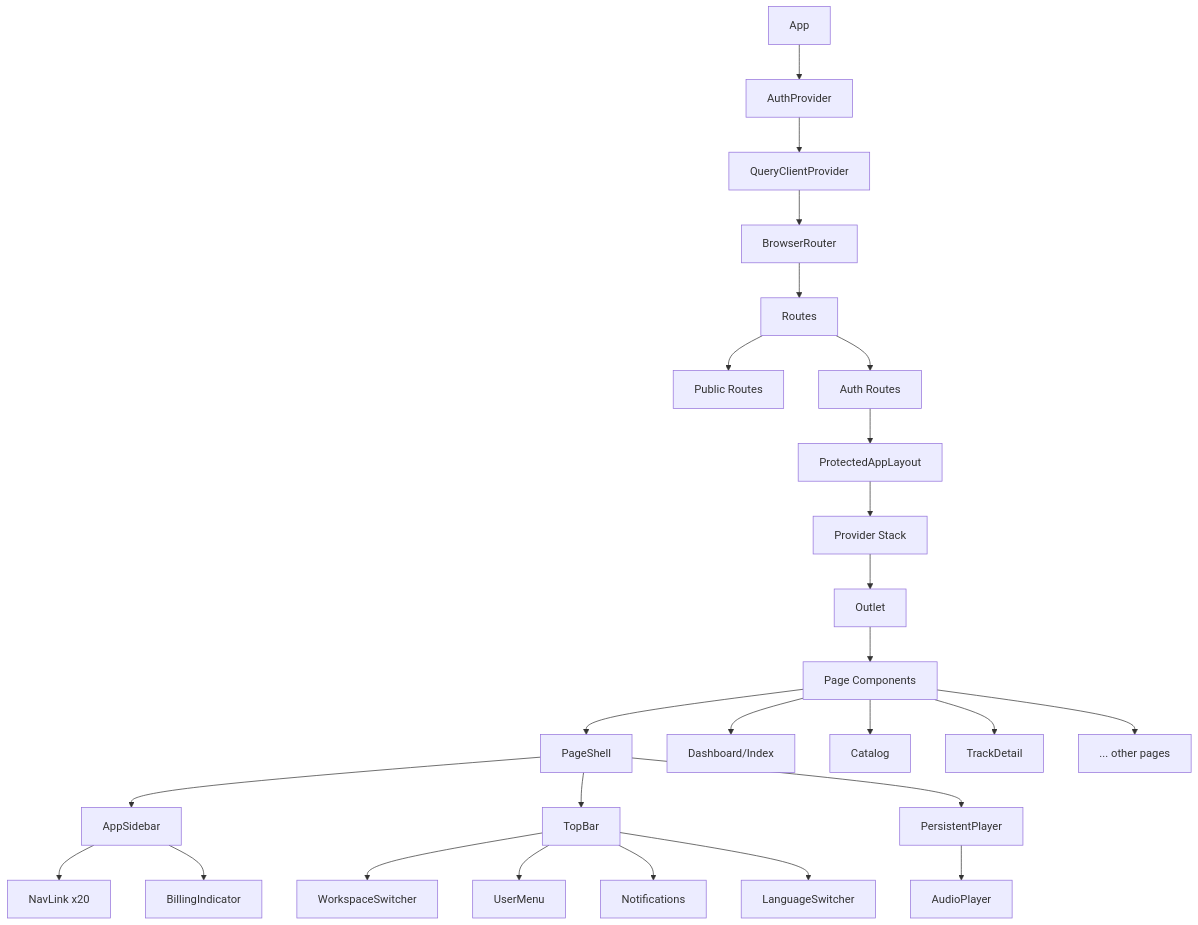
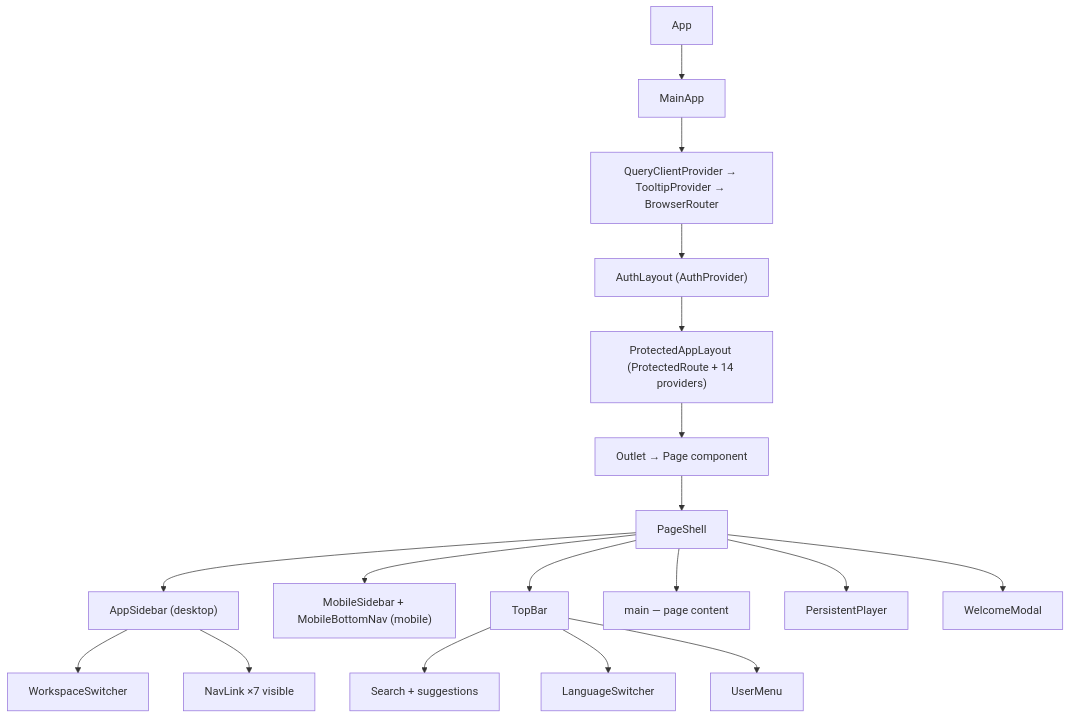
One commit to yannickrastogi/trakalo-muse-palette changed the third of 3 diagrams in docs/ARCHITECTURE/04-COMPONENT_ARCHITECTURE.md. Above: the diagram before and after it, drawn with Mermaid. The commit also changed other lines of this file and 1 other file, not shown here.

First line of the commit message:
docs: rewrite 04-COMPONENT_ARCHITECTURE against real component tree

````diff
--- a/docs/ARCHITECTURE/04-COMPONENT_ARCHITECTURE.md
+++ b/docs/ARCHITECTURE/04-COMPONENT_ARCHITECTURE.md
@@ -489,32 +547,20 @@
 ```mermaid
 flowchart TD
-    A[App] --> B[AuthProvider]
-    B --> C[QueryClientProvider]
-    C --> D[BrowserRouter]
-    D --> E[Routes]
-    E --> F[Public Routes]
-    E --> G[Auth Routes]
-    G --> H[ProtectedAppLayout]
-    H --> I[Provider Stack]
-    I --> J[Outlet]
-    J --> K[Page Components]
-    
-    K --> L[PageShell]
-    L --> M[AppSidebar]
-    L --> N[TopBar]
-    L --> O[PersistentPlayer]
-    O --> P[AudioPlayer]
-    
-    N --> Q[WorkspaceSwitcher]
-    N --> R[UserMenu]
-    N --> S[Notifications]
-    N --> T[LanguageSwitcher]
-    
-    M --> U[NavLink x20]
-    M --> V[BillingIndicator]
-    
-    K --> W[Dashboard/Index]
-    K --> X[Catalog]
-    K --> Y[TrackDetail]
-    K --> Z[... other pages]
+    A["App"] --> B["MainApp"]
+    B --> C["QueryClientProvider → TooltipProvider → BrowserRouter"]
+    C --> D["AuthLayout (AuthProvider)"]
+    D --> E["ProtectedAppLayout (ProtectedRoute + 14 providers)"]
+    E --> F["Outlet → Page component"]
+    F --> G["PageShell"]
+    G --> H["AppSidebar (desktop)"]
+    G --> I["MobileSidebar + MobileBottomNav (mobile)"]
+    G --> J["TopBar"]
+    G --> K["main — page content"]
+    G --> L["PersistentPlayer"]
+    G --> M["WelcomeModal"]
+    H --> N["WorkspaceSwitcher"]
+    H --> O["NavLink ×7 visible"]
+    J --> P["Search + suggestions"]
+    J --> Q["LanguageSwitcher"]
+    J --> R["UserMenu"]
 ```
````
